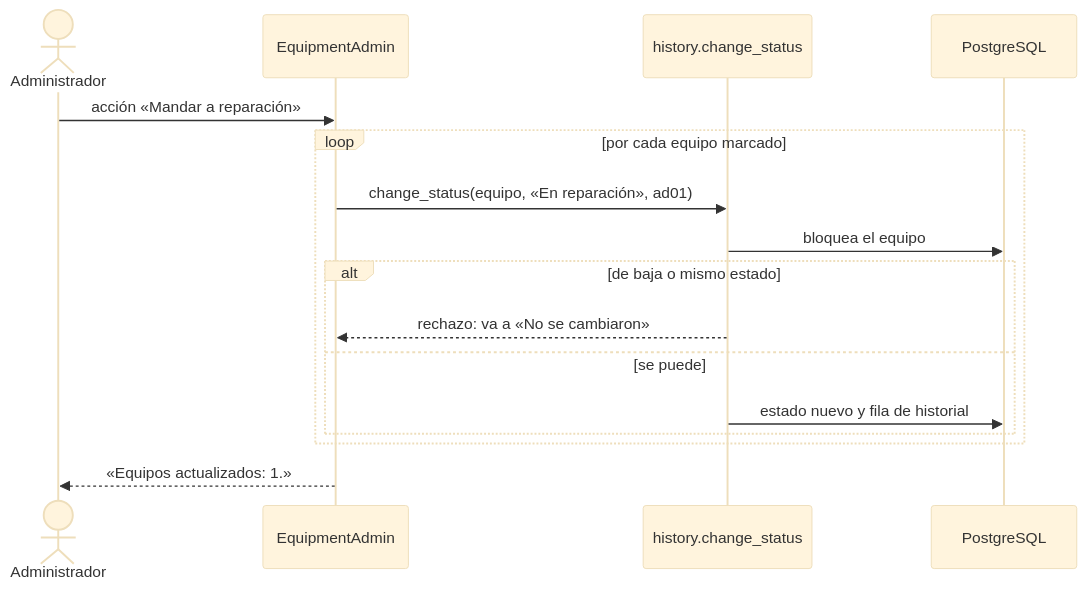
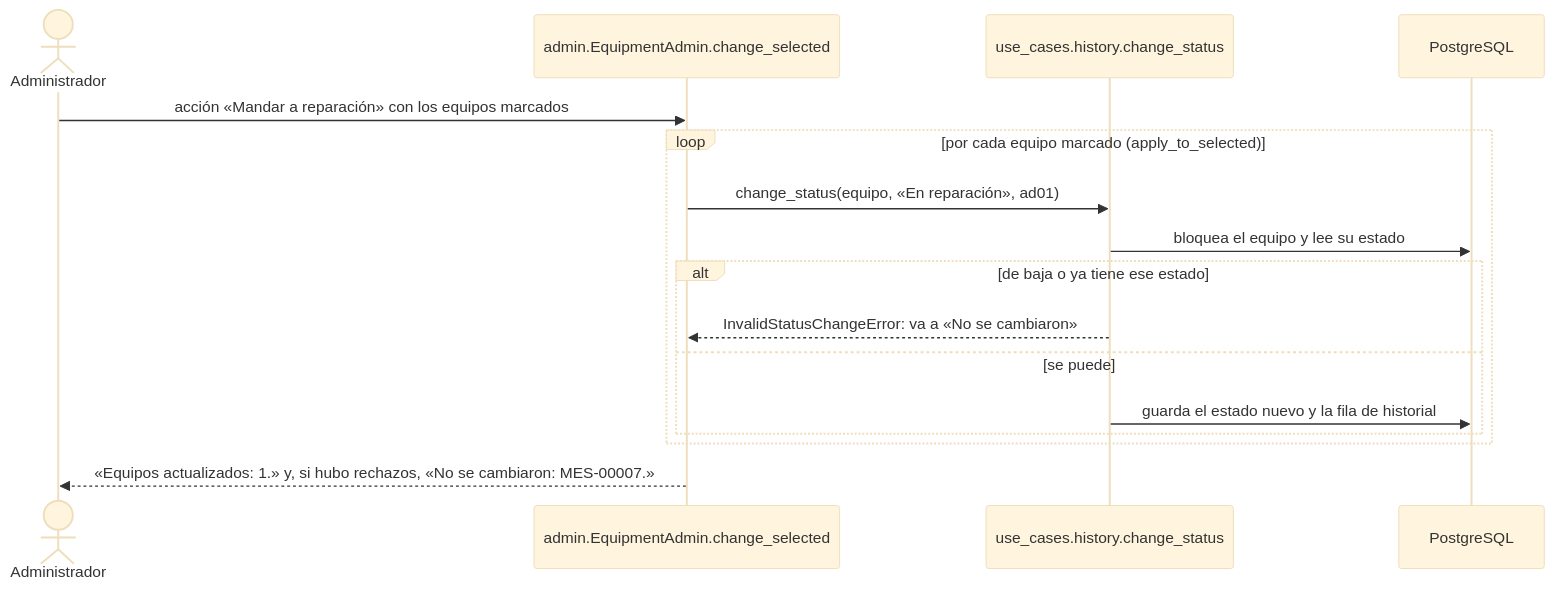
Diagram 14 of 17 in docs/casos-de-uso.md (peterteranb/astra-rent-system), drawn with Mermaid (base theme) before and after one commit. The commit also changed other lines of this file and 12 other files, not shown here.

Commit message:
docs: final docs index, decisions and checked sequence diagrams

````diff
--- a/docs/casos-de-uso.md
+++ b/docs/casos-de-uso.md
@@ -550,18 +674,18 @@
 ```mermaid
 sequenceDiagram
     actor A as Administrador
-    participant V as EquipmentAdmin
-    participant U as history.change_status
+    participant V as admin.EquipmentAdmin.change_selected
+    participant U as use_cases.history.change_status
     participant BD as PostgreSQL
-    A->>V: acción «Mandar a reparación»
-    loop por cada equipo marcado
+    A->>V: acción «Mandar a reparación» con los equipos marcados
+    loop por cada equipo marcado (apply_to_selected)
         V->>U: change_status(equipo, «En reparación», ad01)
-        U->>BD: bloquea el equipo
-        alt de baja o mismo estado
-            U-->>V: rechazo: va a «No se cambiaron»
+        U->>BD: bloquea el equipo y lee su estado
+        alt de baja o ya tiene ese estado
+            U-->>V: InvalidStatusChangeError: va a «No se cambiaron»
         else se puede
-            U->>BD: estado nuevo y fila de historial
+            U->>BD: guarda el estado nuevo y la fila de historial
         end
     end
-    V-->>A: «Equipos actualizados: 1.»
+    V-->>A: «Equipos actualizados: 1.» y, si hubo rechazos, «No se cambiaron: MES-00007.»
 ```
````
